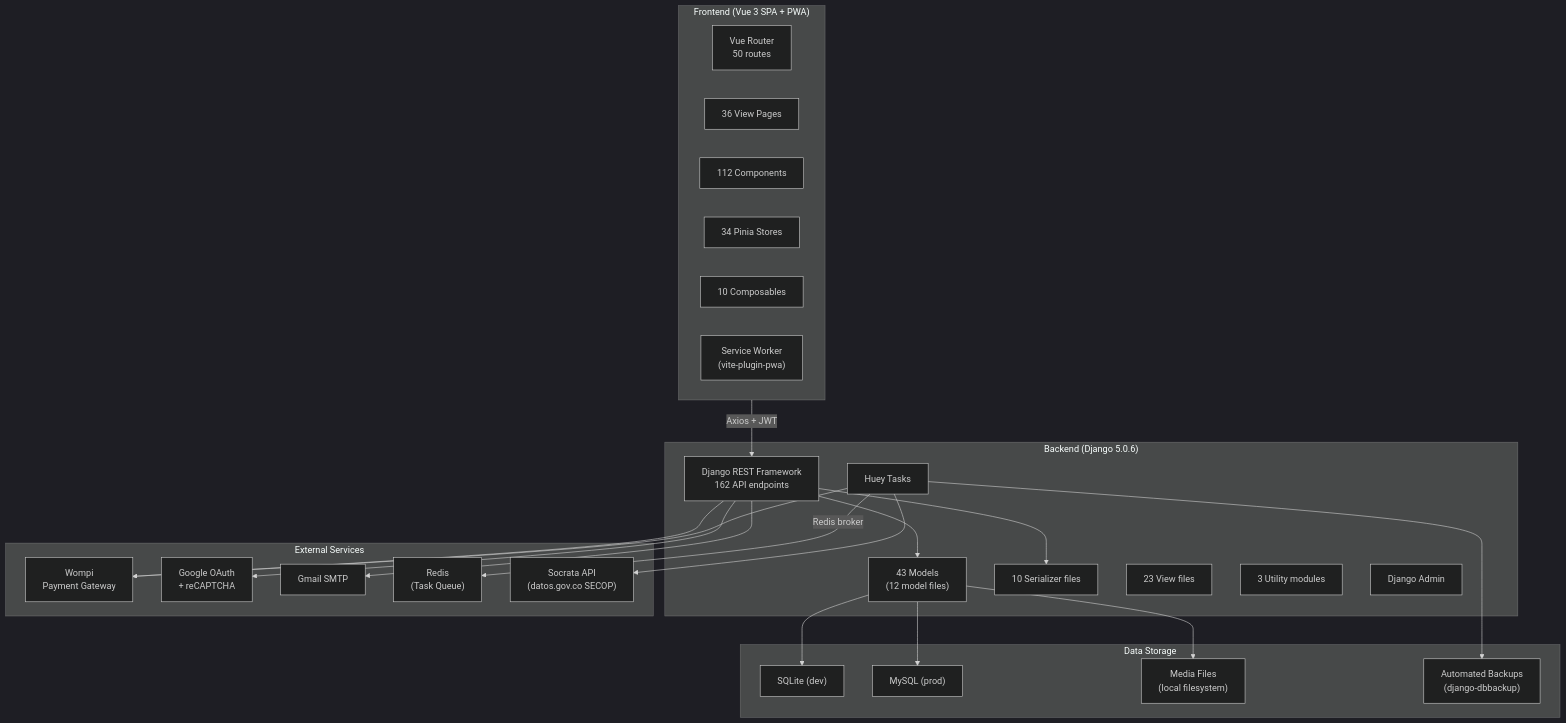
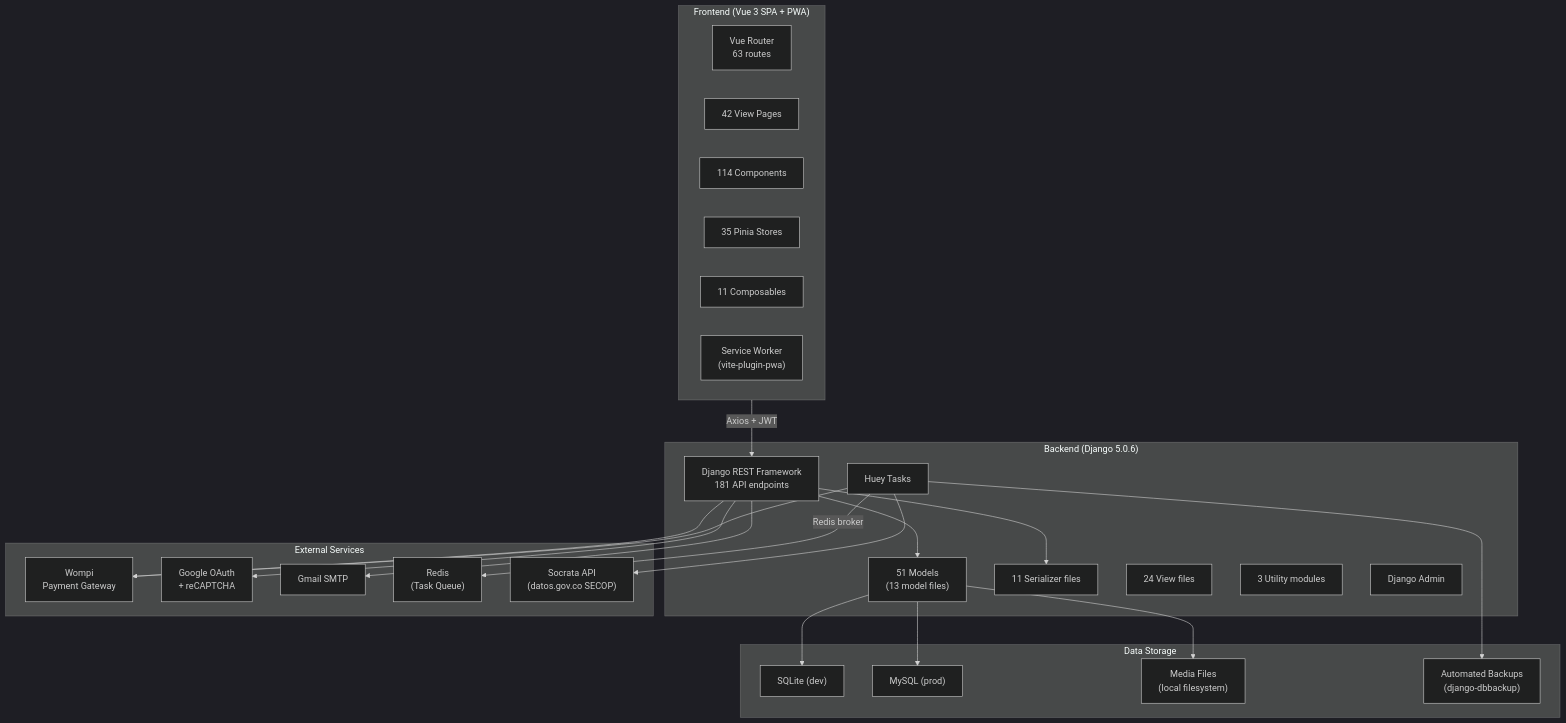
Before and after one commit to carlos18bp/gym_project: the first of 8 diagrams in docs/methodology/architecture.md, drawn with Mermaid (dark theme). The commit also changed other lines of this file and 6 other files, not shown here.

First line of the commit message:
DOCS: update methodology docs, user flow map, and task tracking

````diff
--- a/docs/methodology/architecture.md
+++ b/docs/methodology/architecture.md
@@ -5,50 +5,50 @@
 ```mermaid
 flowchart TB
     subgraph Client["Frontend (Vue 3 SPA + PWA)"]
-        Router["Vue Router\n50 routes"]
-        Views["36 View Pages"]
-        Components["112 Components"]
-        Stores["34 Pinia Stores"]
-        Composables["10 Composables"]
+        Router["Vue Router\n63 routes"]
+        Views["42 View Pages"]
+        Components["114 Components"]
+        Stores["35 Pinia Stores"]
+        Composables["11 Composables"]
         SW["Service Worker\n(vite-plugin-pwa)"]
     end
 
     subgraph Server["Backend (Django 5.0.6)"]
-        DRF["Django REST Framework\n162 API endpoints"]
-        Models["43 Models\n(12 model files)"]
-        Serializers["10 Serializer files"]
-        Views_BE["23 View files"]
+        DRF["Django REST Framework\n181 API endpoints"]
+        Models["51 Models\n(13 model files)"]
+        Serializers["11 Serializer files"]
+        Views_BE["24 View files"]
         Utils["3 Utility modules"]
         Tasks["Huey Tasks"]
         Admin["Django Admin"]
     end
 
     subgraph External["External Services"]
         Wompi["Wompi\nPayment Gateway"]
         Google["Google OAuth\n+ reCAPTCHA"]
         SMTP["Gmail SMTP"]
         Redis["Redis\n(Task Queue)"]
         Socrata["Socrata API\n(datos.gov.co SECOP)"]
     end
 
     subgraph Storage["Data Storage"]
         DB_Dev["SQLite (dev)"]
         DB_Prod["MySQL (prod)"]
         Media["Media Files\n(local filesystem)"]
         Backups["Automated Backups\n(django-dbbackup)"]
     end
 
     Client -->|"Axios + JWT"| DRF
     DRF --> Models
     DRF --> Serializers
     Models --> DB_Dev
     Models --> DB_Prod
     Models --> Media
     Tasks -->|"Redis broker"| Redis
     Tasks --> Wompi
     Tasks --> Backups
     DRF --> SMTP
     DRF --> Google
     DRF --> Wompi
     Tasks --> Socrata
 ```
````
